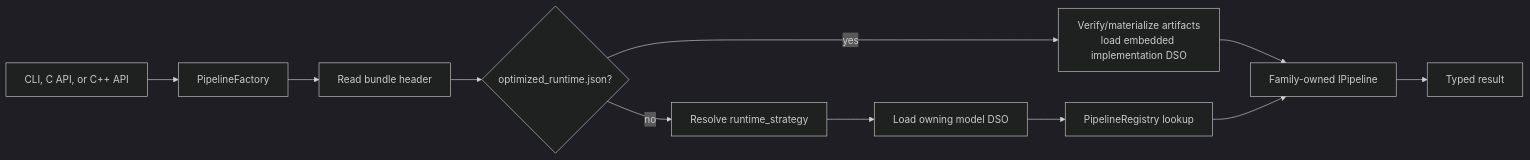
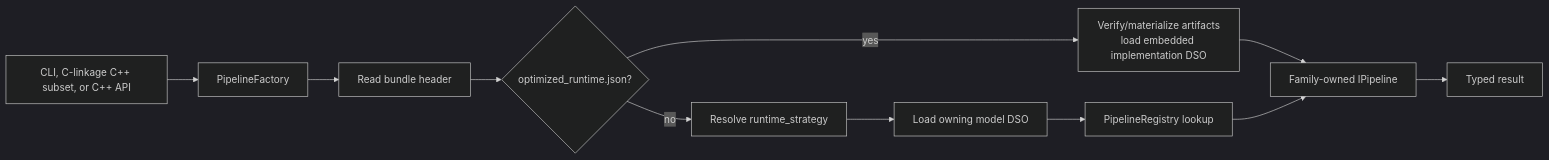
One commit to NVIDIA/TensorRT-Model-Connect changed the second of 2 diagrams in website/docs/wiki/Architecture-Overview.md. Above: the diagram before and after it, drawn with Mermaid (dark theme). The commit also changed other lines of this file and 38 other files, not shown here.

````diff
--- a/website/docs/wiki/Architecture-Overview.md
+++ b/website/docs/wiki/Architecture-Overview.md
@@ -31,13 +36,13 @@
 ```mermaid
 flowchart LR
-  Entry["CLI, C API, or C++ API"] --> Factory["PipelineFactory"]
+  Entry["CLI, C-linkage C++ subset, or C++ API"] --> Factory["PipelineFactory"]
   Factory --> Bundle["Read bundle header"]
   Bundle --> Kind{"optimized_runtime.json?"}
   Kind -->|yes| Provider["Verify/materialize artifacts<br/>load embedded implementation DSO"]
   Provider --> Pipeline
   Kind -->|no| Strategy["Resolve runtime_strategy"]
   Strategy --> Loader["Load owning model DSO"]
   Loader --> Registry["PipelineRegistry lookup"]
   Registry --> Pipeline["Family-owned IPipeline"]
   Pipeline --> Result["Typed result"]
 ```
````
